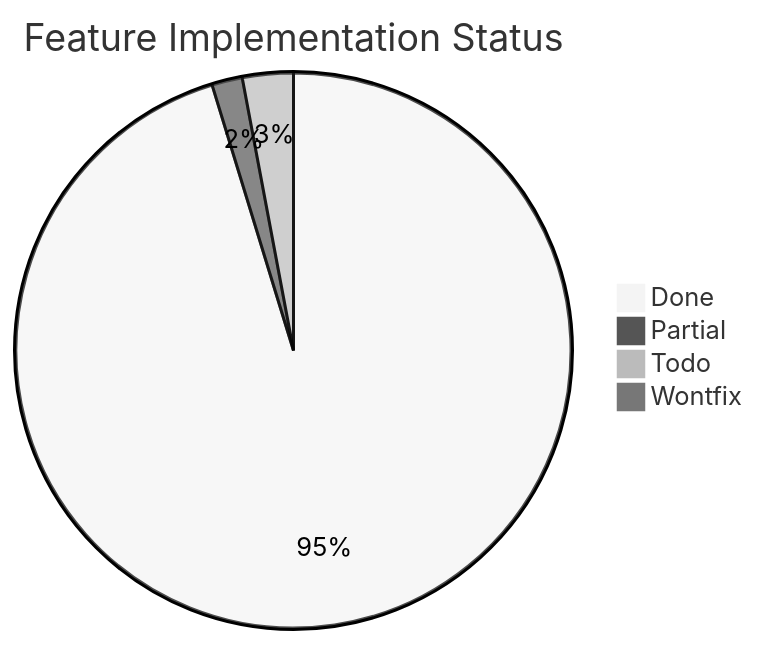
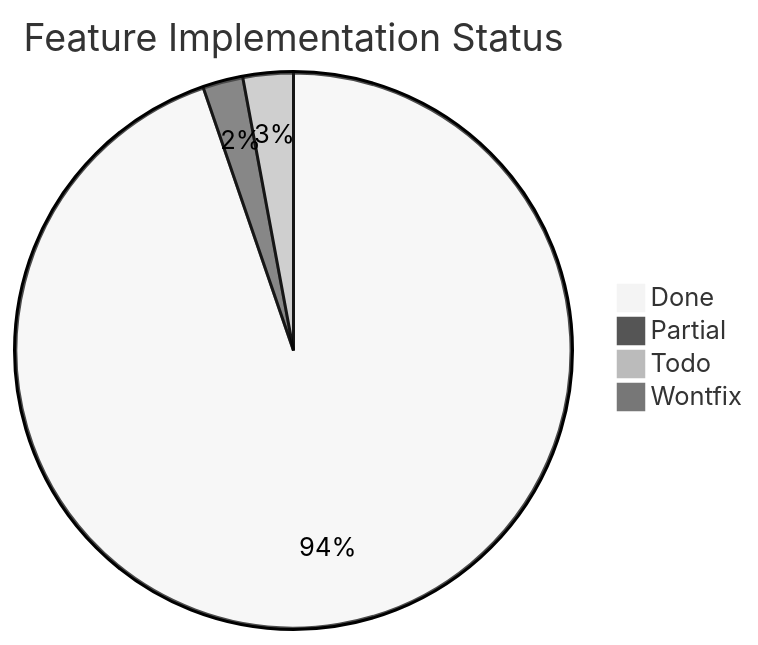
One commit to Papyrine/Morph changed the third of 3 diagrams in docs/word-features.md. Above: the diagram before and after it, drawn with Mermaid (neutral theme). The commit also changed other lines of this file and 10 other files, not shown here.

````diff
--- a/docs/word-features.md
+++ b/docs/word-features.md
@@ -2384,7 +2384,7 @@
 ```mermaid
 pie title Feature Implementation Status
-    "Done" : 161
-    "Partial" : 3
+    "Done" : 162
+    "Partial" : 4
     "Todo" : 5
     "Wontfix" : 1
 ```
````
